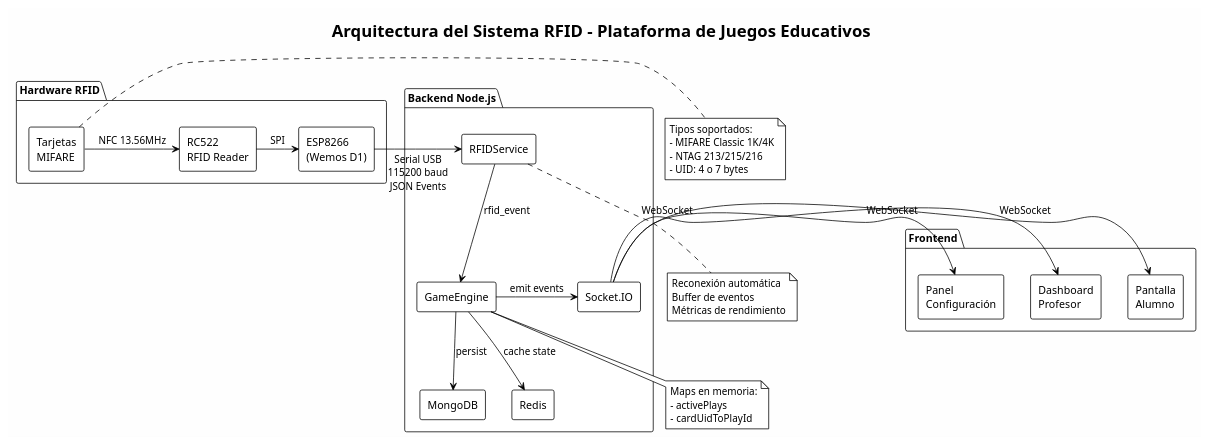
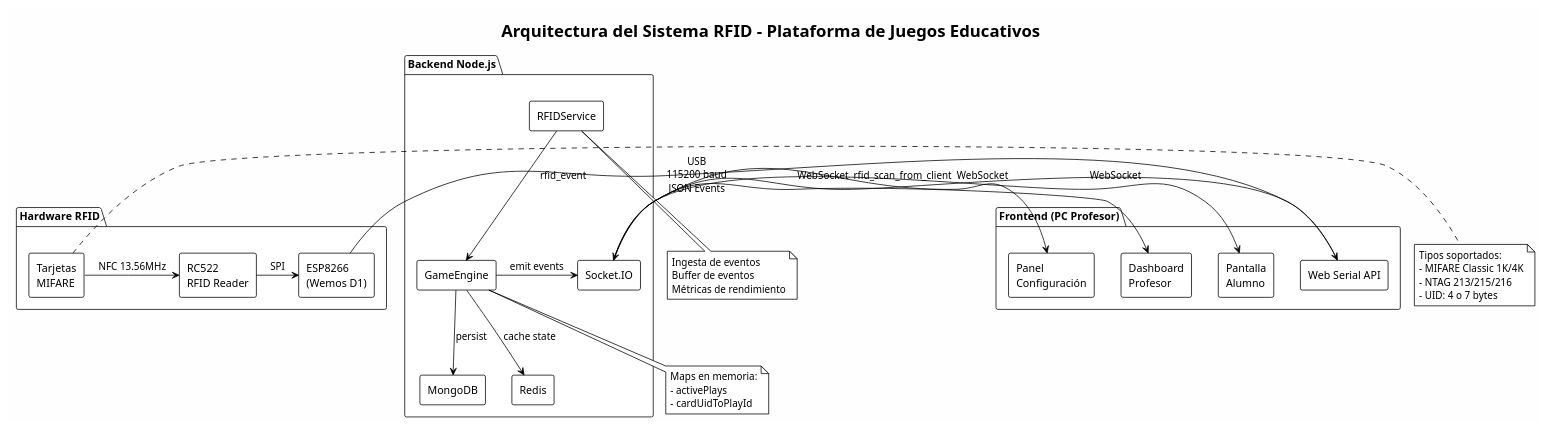
One commit to Samuel-Prog-CSec/TFG-IoT changed the diagram in backend/docs/diagrams/rfid_architecture.puml. Above: the diagram before and after it, drawn with PlantUML. The commit also changed 37 other files, not shown here.

First line of the commit message:
feat: migración de la arquitectura RFID a la API Web Serial

```diff
--- a/backend/docs/diagrams/rfid_architecture.puml
+++ b/backend/docs/diagrams/rfid_architecture.puml
@@ -1,62 +1,64 @@
 @startuml RFID_Architecture
 
 !theme plain
 skinparam backgroundColor #FEFEFE
 skinparam componentStyle rectangle
 
 title Arquitectura del Sistema RFID - Plataforma de Juegos Educativos
 
 package "Hardware RFID" {
     [ESP8266\n(Wemos D1)] as ESP
     [RC522\nRFID Reader] as RC522
     [Tarjetas\nMIFARE] as Cards
     
     Cards -right-> RC522 : NFC 13.56MHz
     RC522 -right-> ESP : SPI
 }
 
-package "Backend Node.js" {
-    [RFIDService] as RFID
-    [GameEngine] as Engine
-    [Socket.IO] as Socket
-    [MongoDB] as DB
-    [Redis] as Redis
-    
-    RFID -down-> Engine : rfid_event
-    Engine -right-> Socket : emit events
-    Engine -down-> DB : persist
-    Engine -down-> Redis : cache state
+package "Frontend (PC Profesor)" {
+  [Web Serial API] as WebSerial
+  [Pantalla\nAlumno] as Student
+  [Dashboard\nProfesor] as Teacher
+  [Panel\nConfiguración] as Config
 }
 
-package "Frontend" {
-    [Pantalla\nAlumno] as Student
-    [Dashboard\nProfesor] as Teacher
-    [Panel\nConfiguración] as Config
+package "Backend Node.js" {
+  [RFIDService] as RFID
+  [GameEngine] as Engine
+  [Socket.IO] as Socket
+  [MongoDB] as DB
+  [Redis] as Redis
+    
+  RFID -down-> Engine : rfid_event
+  Engine -right-> Socket : emit events
+  Engine -down-> DB : persist
+  Engine -down-> Redis : cache state
 }
 
-ESP -right-> RFID : Serial USB\n115200 baud\nJSON Events
+ESP -right-> WebSerial : USB\n115200 baud\nJSON Events
+WebSerial -right-> Socket : rfid_scan_from_client
 
 Socket -right-> Student : WebSocket
 Socket -right-> Teacher : WebSocket
 Socket -right-> Config : WebSocket
 
 note right of Cards
   Tipos soportados:
   - MIFARE Classic 1K/4K
   - NTAG 213/215/216
   - UID: 4 o 7 bytes
 end note
 
 note bottom of RFID
-  Reconexión automática
+  Ingesta de eventos
   Buffer de eventos
   Métricas de rendimiento
 end note
 
 note bottom of Engine
   Maps en memoria:
   - activePlays
   - cardUidToPlayId
 end note
 
 @enduml
```
